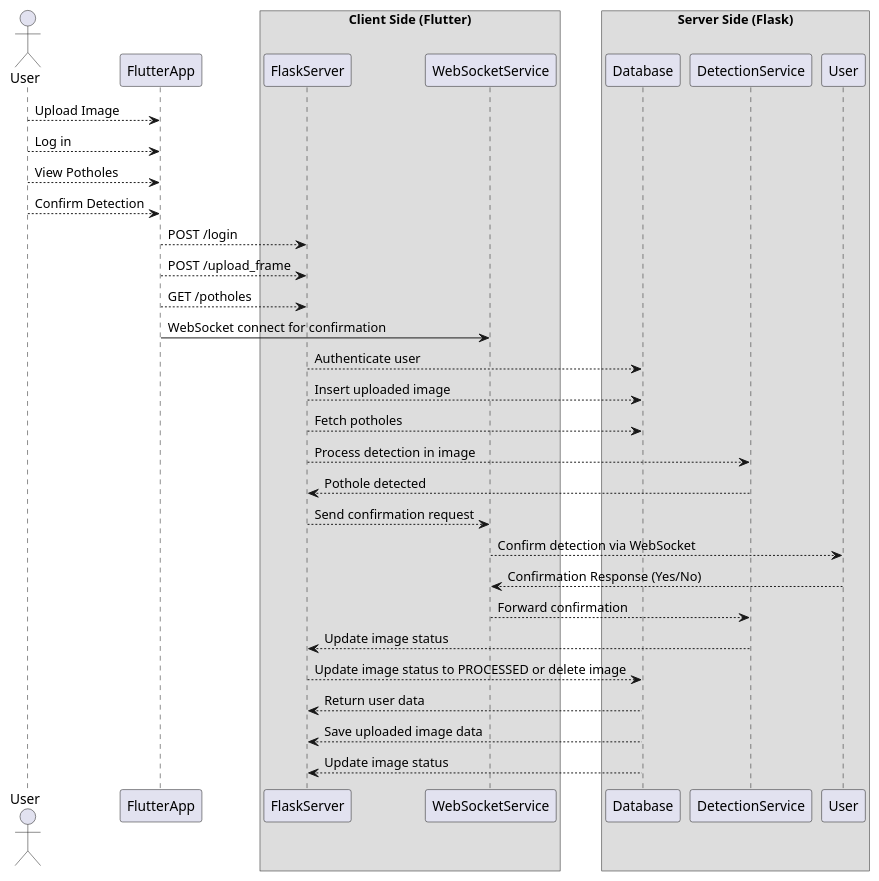
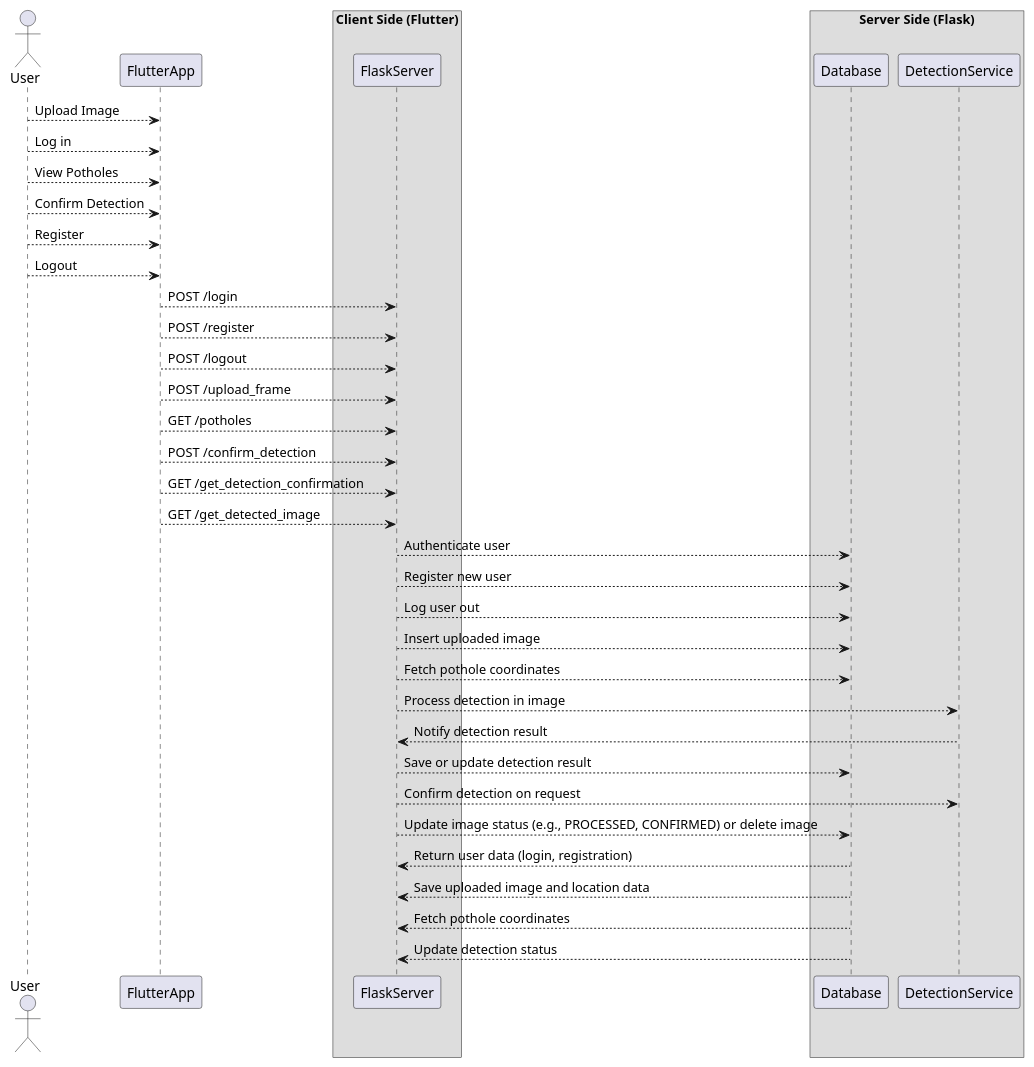
The diagram in documentation/business_logic_diagram.puml (Swintleton/pothole_server), drawn with PlantUML before and after one commit. The commit also changed 15 other files, not shown here.

Commit message:
diagram updates

```diff
--- a/documentation/business_logic_diagram.puml
+++ b/documentation/business_logic_diagram.puml
@@ -1,38 +1,43 @@
 @startuml
 actor User as U
 
 U --> FlutterApp : Upload Image
 U --> FlutterApp : Log in
 U --> FlutterApp : View Potholes
 U --> FlutterApp : Confirm Detection
+U --> FlutterApp : Register
+U --> FlutterApp : Logout
 
 box "Client Side (Flutter)"
     FlutterApp --> FlaskServer : POST /login
+    FlutterApp --> FlaskServer : POST /register
+    FlutterApp --> FlaskServer : POST /logout
     FlutterApp --> FlaskServer : POST /upload_frame
     FlutterApp --> FlaskServer : GET /potholes
-    FlutterApp -> WebSocketService : WebSocket connect for confirmation
+    FlutterApp --> FlaskServer : POST /confirm_detection
+    FlutterApp --> FlaskServer : GET /get_detection_confirmation
+    FlutterApp --> FlaskServer : GET /get_detected_image
 end box
 
 box "Server Side (Flask)"
     FlaskServer --> Database : Authenticate user
+    FlaskServer --> Database : Register new user
+    FlaskServer --> Database : Log user out
     FlaskServer --> Database : Insert uploaded image
-    FlaskServer --> Database : Fetch potholes
+    FlaskServer --> Database : Fetch pothole coordinates
     FlaskServer --> DetectionService : Process detection in image
-    DetectionService --> FlaskServer : Pothole detected
-    FlaskServer --> WebSocketService : Send confirmation request
+    DetectionService --> FlaskServer : Notify detection result
+    FlaskServer --> Database : Save or update detection result
+    FlaskServer --> DetectionService : Confirm detection on request
 
-    WebSocketService --> User : Confirm detection via WebSocket
-    User --> WebSocketService : Confirmation Response (Yes/No)
-    WebSocketService --> DetectionService : Forward confirmation
-    DetectionService --> FlaskServer : Update image status
-
-    FlaskServer --> Database : Update image status to PROCESSED or delete image
+    FlaskServer --> Database : Update image status (e.g., PROCESSED, CONFIRMED) or delete image
 end box
 
 box "Database (PostgreSQL)"
-    Database --> FlaskServer : Return user data
-    Database --> FlaskServer : Save uploaded image data
-    Database --> FlaskServer : Update image status
+    Database --> FlaskServer : Return user data (login, registration)
+    Database --> FlaskServer : Save uploaded image and location data
+    Database --> FlaskServer : Fetch pothole coordinates
+    Database --> FlaskServer : Update detection status
 end box
 
 @enduml
```
